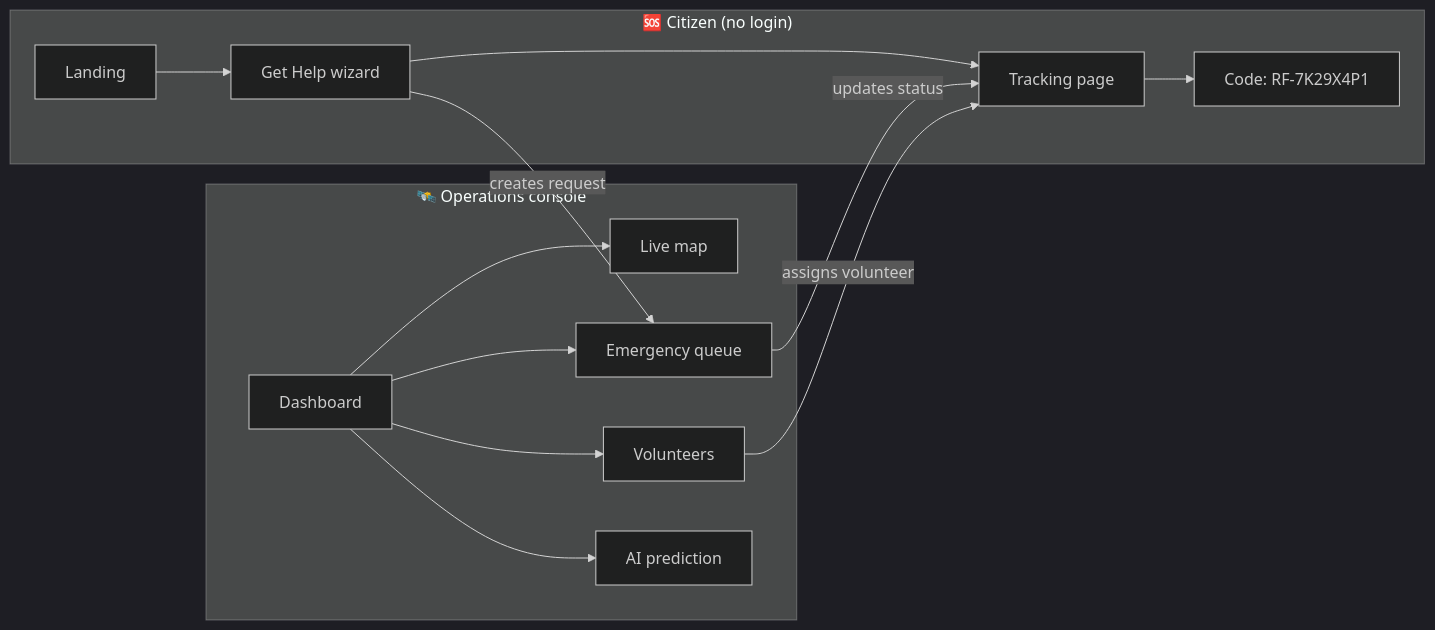
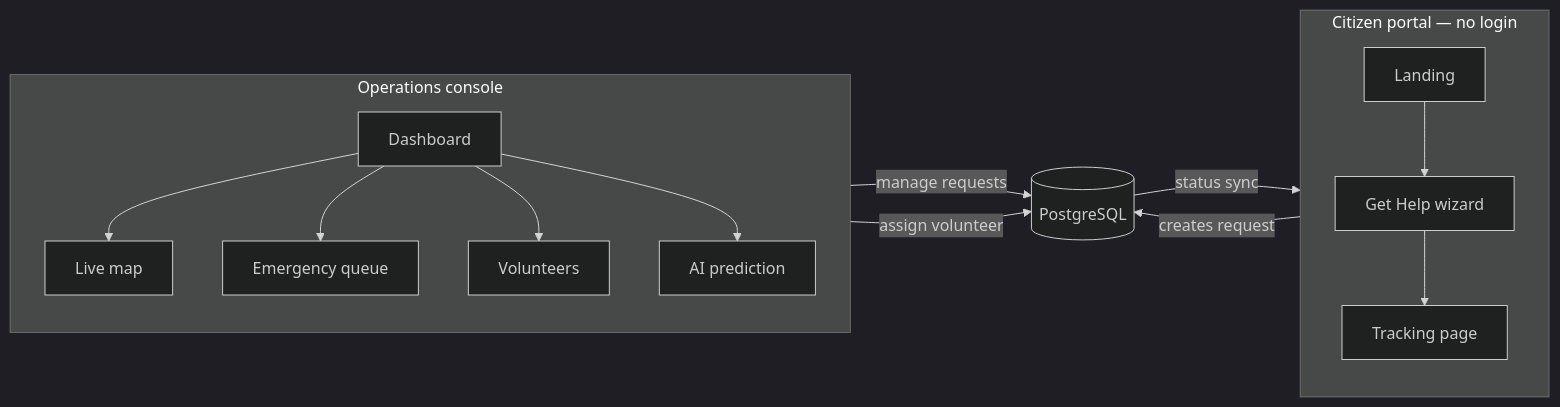
One commit to sumit-sh2009/Releif.AI changed the first of 2 diagrams in README.md. Above: the diagram before and after it, drawn with Mermaid (dark theme). The commit also changed other lines of this file, not shown here.

Commit message:
Update Mermaid diagrams in README for cleaner architectural flow

````diff
--- a/README.md
+++ b/README.md
@@ -68,19 +68,27 @@
 ```mermaid
 flowchart LR
-    subgraph Citizen["🆘 Citizen (no login)"]
-        A[Landing] --> B[Get Help wizard]
-        B --> C[Tracking page]
-        C --> D["Code: RF-7K29X4P1"]
+    subgraph CITIZEN["Citizen portal — no login"]
+        direction TB
+        c1[Landing]
+        c2[Get Help wizard]
+        c3[Tracking page]
+        c1 --> c2 --> c3
     end
 
-    subgraph Ops["🛰️ Operations console"]
-        E[Dashboard] --> F[Live map]
-        E --> G[Emergency queue]
-        E --> H[Volunteers]
-        E --> I[AI prediction]
+    db[(PostgreSQL)]
+
+    subgraph OPS["Operations console"]
+        direction TB
+        o1[Dashboard]
+        o2[Live map]
+        o3[Emergency queue]
+        o4[Volunteers]
+        o5[AI prediction]
+        o1 --> o2 & o3 & o4 & o5
     end
 
-    B -->|creates request| G
-    G -->|updates status| C
-    H -->|assigns volunteer| C
+    c2 -->|creates request| db
+    db -->|status sync| c3
+    o3 -->|manage requests| db
+    o4 -->|assign volunteer| db
 ```
````
